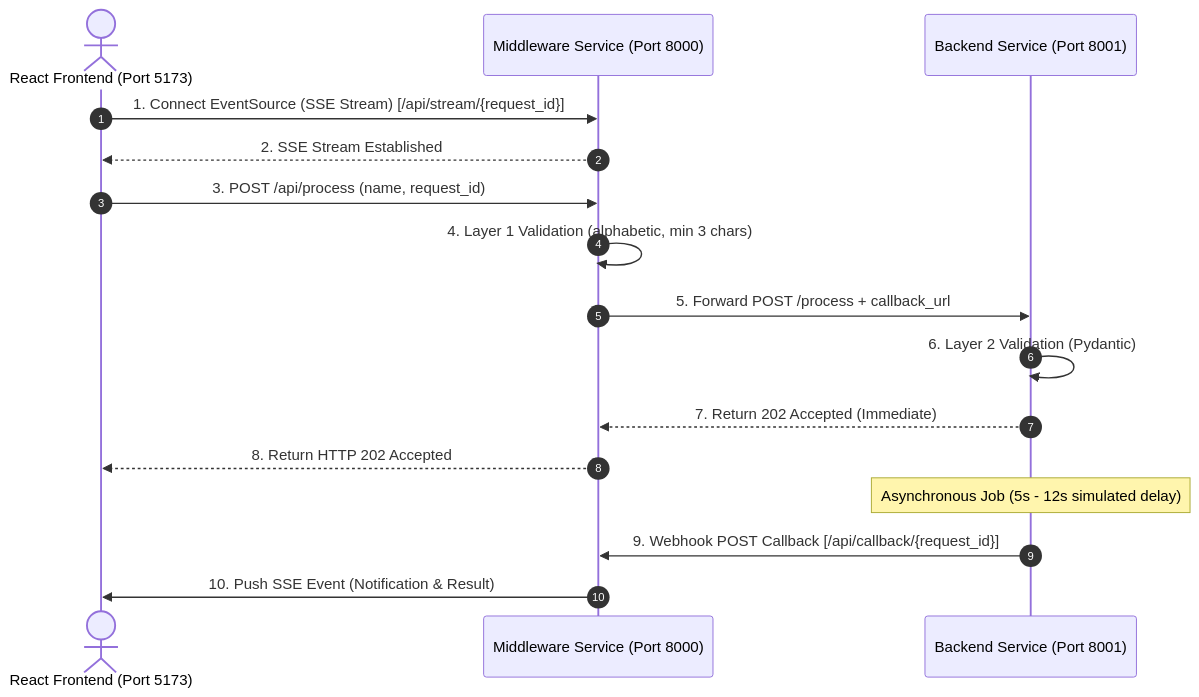
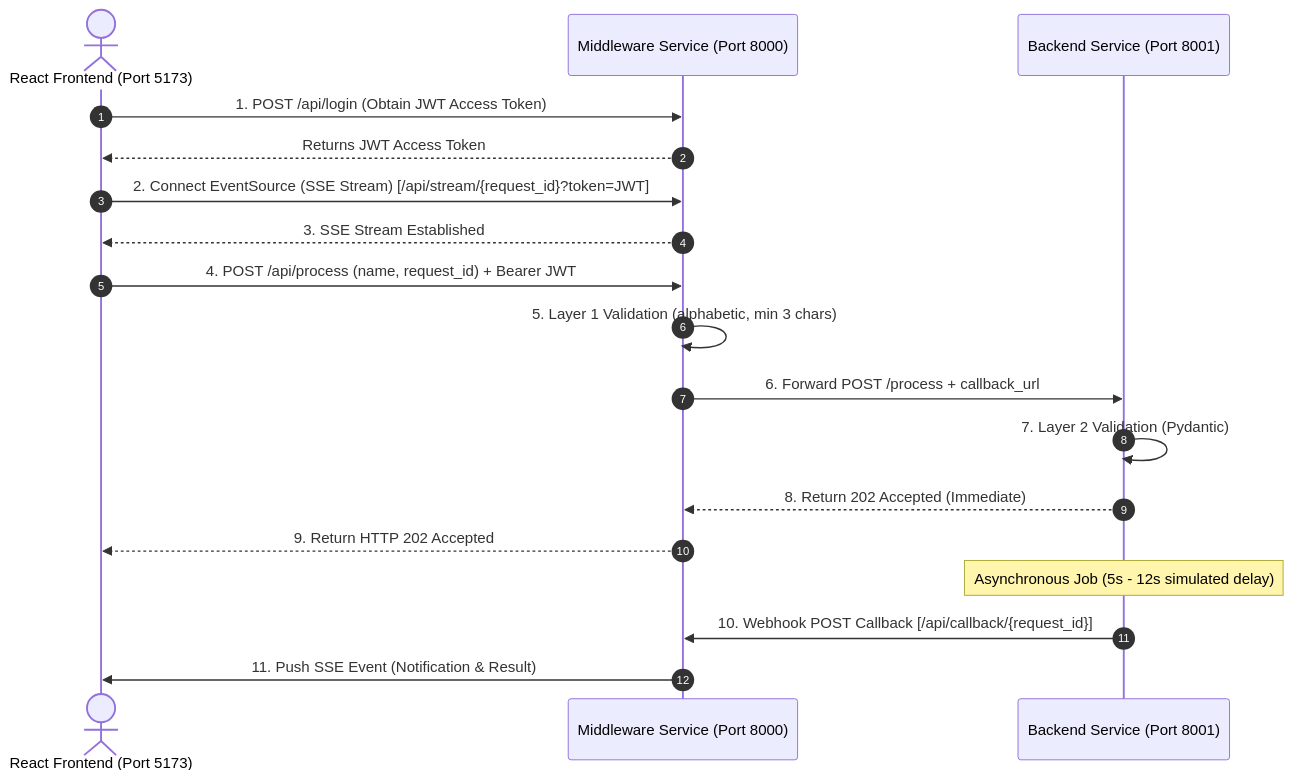
One commit to Chandanaa18/3-tier-architecture changed the second of 2 diagrams in README.md. Above: the diagram before and after it, drawn with Mermaid. The commit also changed other lines of this file and 2 other files, not shown here.

Commit message:
docs & feat: add architecture diagrams to README and update JWT flows

````diff
--- a/README.md
+++ b/README.md
@@ -11,19 +50,21 @@
 ```mermaid
 sequenceDiagram
     autonumber
     actor User as React Frontend (Port 5173)
     participant MW as Middleware Service (Port 8000)
     participant BE as Backend Service (Port 8001)
 
-    User->>MW: 1. Connect EventSource (SSE Stream) [/api/stream/{request_id}]
-    MW-->>User: 2. SSE Stream Established
-    User->>MW: 3. POST /api/process (name, request_id)
-    MW->>MW: 4. Layer 1 Validation (alphabetic, min 3 chars)
-    MW->>BE: 5. Forward POST /process + callback_url
-    BE->>BE: 6. Layer 2 Validation (Pydantic)
-    BE-->>MW: 7. Return 202 Accepted (Immediate)
-    MW-->>User: 8. Return HTTP 202 Accepted
+    User->>MW: 1. POST /api/login (Obtain JWT Access Token)
+    MW-->>User: Returns JWT Access Token
+    User->>MW: 2. Connect EventSource (SSE Stream) [/api/stream/{request_id}?token=JWT]
+    MW-->>User: 3. SSE Stream Established
+    User->>MW: 4. POST /api/process (name, request_id) + Bearer JWT
+    MW->>MW: 5. Layer 1 Validation (alphabetic, min 3 chars)
+    MW->>BE: 6. Forward POST /process + callback_url
+    BE->>BE: 7. Layer 2 Validation (Pydantic)
+    BE-->>MW: 8. Return 202 Accepted (Immediate)
+    MW-->>User: 9. Return HTTP 202 Accepted
     Note over BE: Asynchronous Job (5s - 12s simulated delay)
-    BE->>MW: 9. Webhook POST Callback [/api/callback/{request_id}]
-    MW->>User: 10. Push SSE Event (Notification & Result)
+    BE->>MW: 10. Webhook POST Callback [/api/callback/{request_id}]
+    MW->>User: 11. Push SSE Event (Notification & Result)
 ```
````
